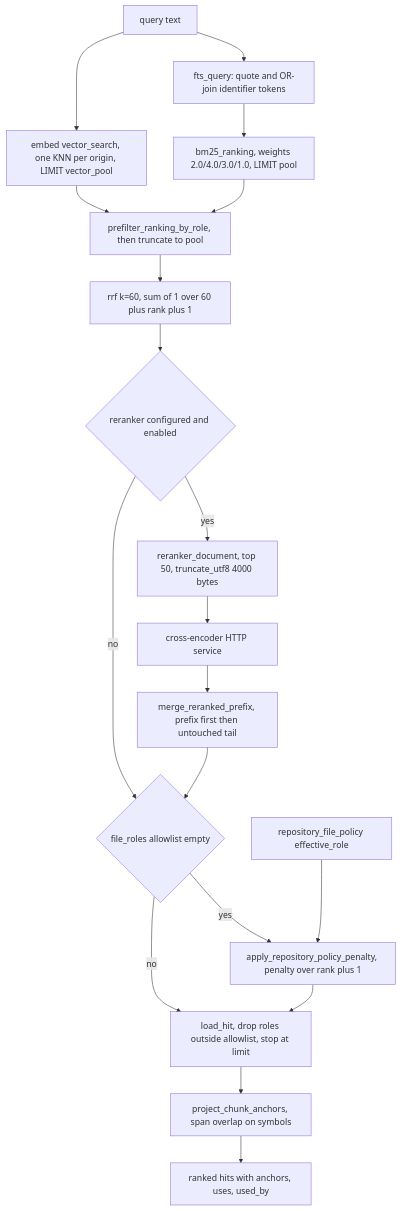
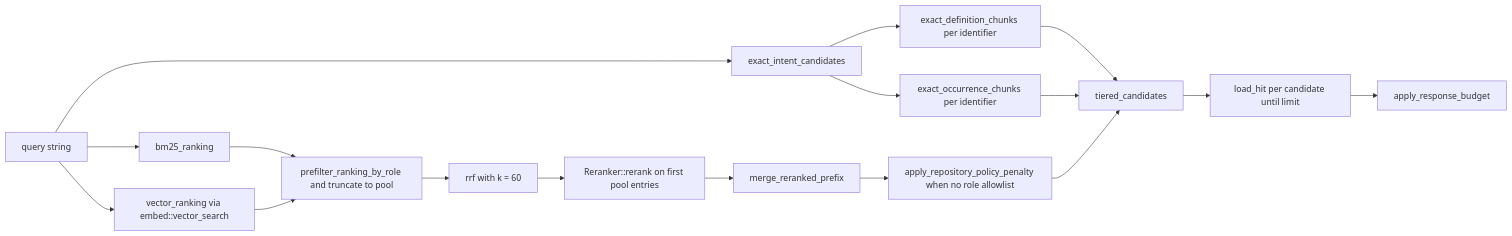
Before and after one commit to iantocristian/jscout: the first of 3 diagrams in docs/codebase-analysis/07-retrieval.md, drawn with Mermaid. The commit also changed other lines of this file and 28 other files, not shown here.

````diff
--- a/docs/codebase-analysis/07-retrieval.md
+++ b/docs/codebase-analysis/07-retrieval.md
@@ -91,29 +19,19 @@
 ```mermaid
-flowchart TD
-  Q["query text"]
-  FTSQ["fts_query: quote and OR-join identifier tokens"]
-  BM25["bm25_ranking, weights 2.0/4.0/3.0/1.0, LIMIT pool"]
-  VEC["embed vector_search, one KNN per origin, LIMIT vector_pool"]
-  PRE["prefilter_ranking_by_role, then truncate to pool"]
-  RRF["rrf k=60, sum of 1 over 60 plus rank plus 1"]
-  RR{"reranker configured and enabled"}
-  DOC["reranker_document, top 50, truncate_utf8 4000 bytes"]
-  SVC["cross-encoder HTTP service"]
-  MERGE["merge_reranked_prefix, prefix first then untouched tail"]
-  POL{"file_roles allowlist empty"}
-  PEN["apply_repository_policy_penalty, penalty over rank plus 1"]
-  RFP["repository_file_policy effective_role"]
-  LOAD["load_hit, drop roles outside allowlist, stop at limit"]
-  ANC["project_chunk_anchors, span overlap on symbols"]
-  HITS["ranked hits with anchors, uses, used_by"]
-
-  Q --> FTSQ --> BM25 --> PRE
-  Q --> VEC --> PRE
-  PRE --> RRF --> RR
-  RR -- "yes" --> DOC --> SVC --> MERGE --> POL
-  RR -- "no" --> POL
-  POL -- "yes" --> PEN --> LOAD
-  POL -- "no" --> LOAD
-  RFP --> PEN
-  LOAD --> ANC --> HITS
+flowchart LR
+  Q["query string"] --> EXACT["exact_intent_candidates"]
+  Q --> BM25["bm25_ranking"]
+  Q --> VEC["vector_ranking via embed::vector_search"]
+  EXACT --> DEFS["exact_definition_chunks per identifier"]
+  EXACT --> OCCS["exact_occurrence_chunks per identifier"]
+  BM25 --> PRE["prefilter_ranking_by_role and truncate to pool"]
+  VEC --> PRE
+  PRE --> RRF["rrf with k = 60"]
+  RRF --> RR["Reranker::rerank on first pool entries"]
+  RR --> MERGE["merge_reranked_prefix"]
+  MERGE --> POLICY["apply_repository_policy_penalty when no role allowlist"]
+  DEFS --> TIER["tiered_candidates"]
+  OCCS --> TIER
+  POLICY --> TIER
+  TIER --> LOAD["load_hit per candidate until limit"]
+  LOAD --> BUDGET["apply_response_budget"]
 ```
````
